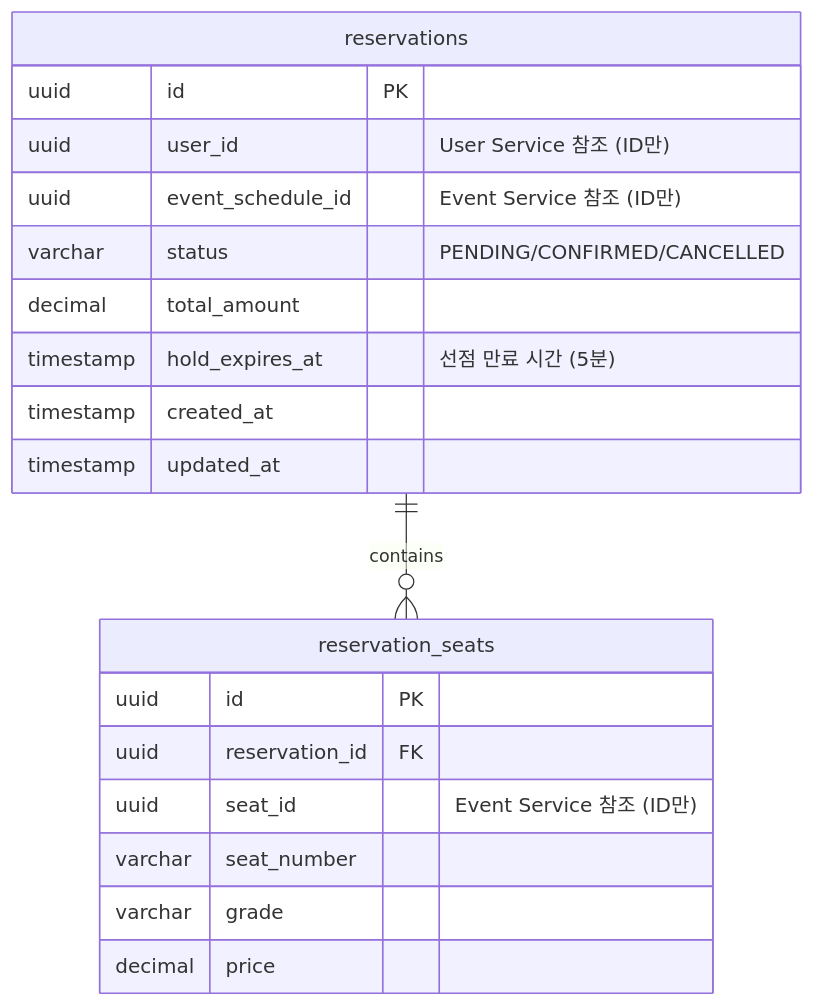
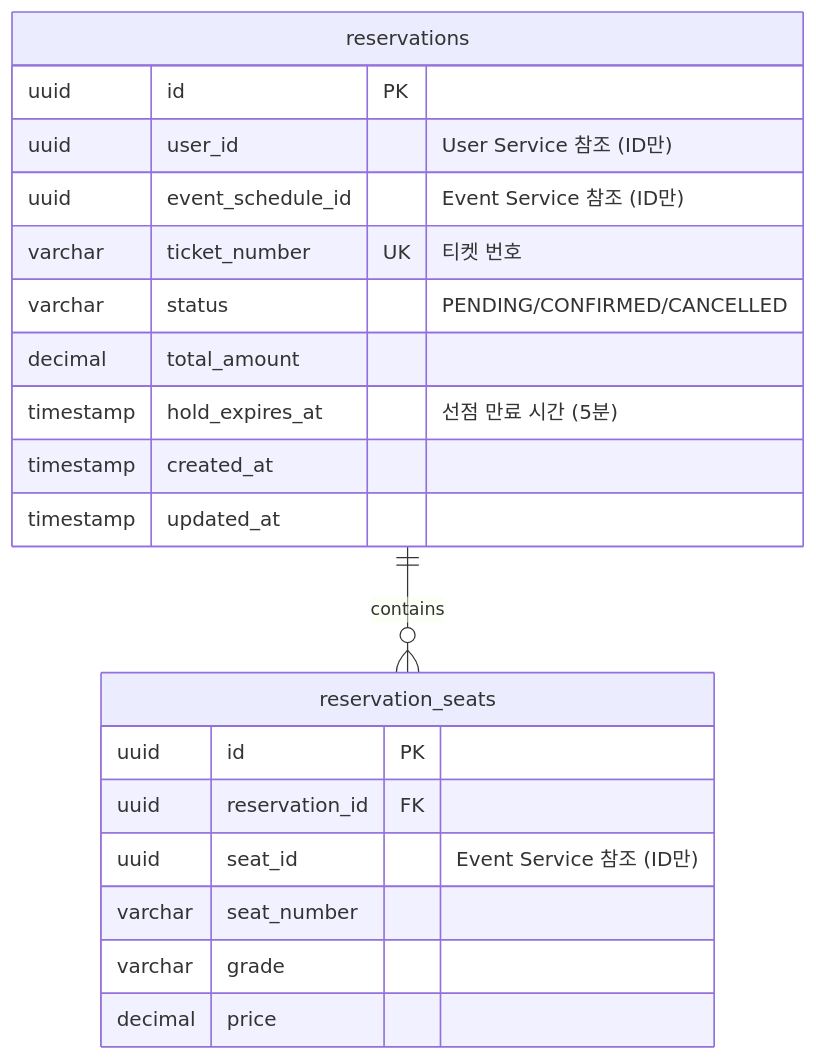
The third of 5 diagrams in docs/architecture/04_data.md (paircoders/ticket-queue), drawn with Mermaid before and after one commit. The commit also changed other lines of this file and 4 other files, not shown here.

````diff
--- a/docs/architecture/04_data.md
+++ b/docs/architecture/04_data.md
@@ -664,24 +664,25 @@
 ```mermaid
 erDiagram
     reservations ||--o{ reservation_seats : contains
 
     reservations {
         uuid id PK
         uuid user_id "User Service 참조 (ID만)"
         uuid event_schedule_id "Event Service 참조 (ID만)"
+        varchar ticket_number UK "티켓 번호"
         varchar status "PENDING/CONFIRMED/CANCELLED"
         decimal total_amount
         timestamp hold_expires_at "선점 만료 시간 (5분)"
         timestamp created_at
         timestamp updated_at
     }
 
     reservation_seats {
         uuid id PK
         uuid reservation_id FK
         uuid seat_id "Event Service 참조 (ID만)"
         varchar seat_number
         varchar grade
         decimal price
     }
 ```
````
